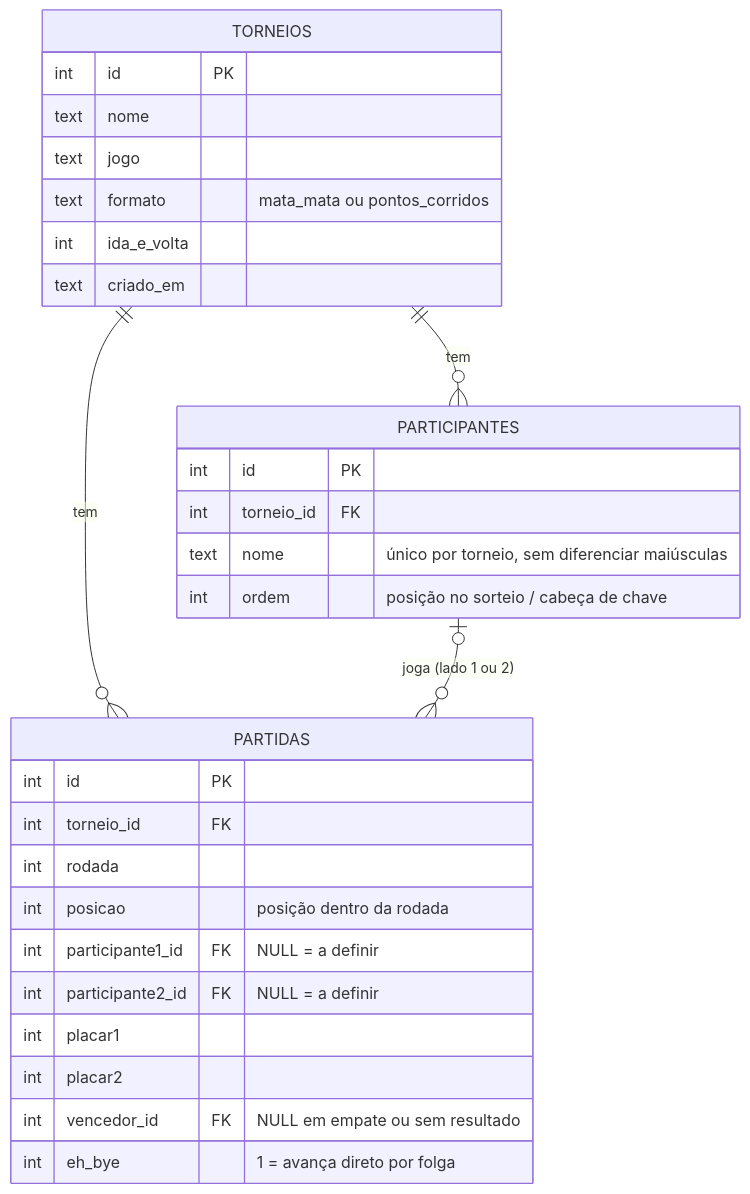
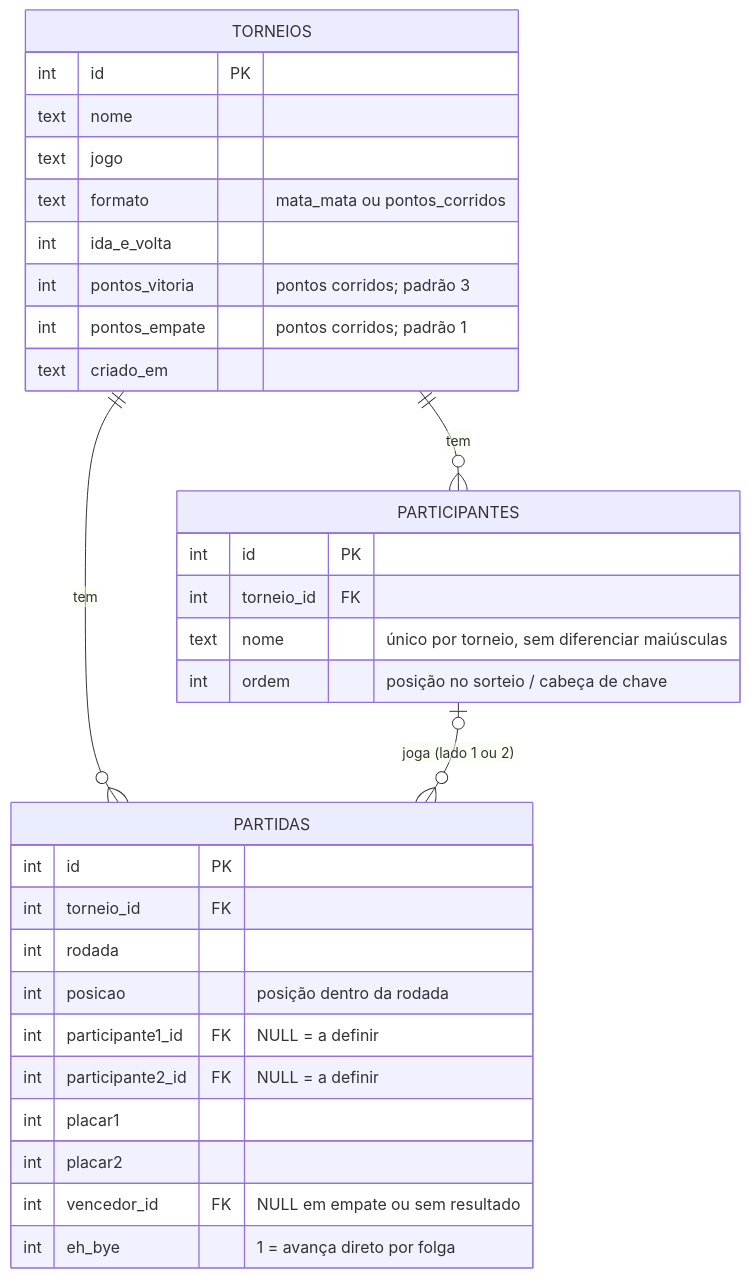
Before and after one commit to odannyraro/torneio-relampago: the second of 3 diagrams in docs/arquitetura.md, drawn with Mermaid. The commit also changed other lines of this file and 16 other files, not shown here.

````diff
--- a/docs/arquitetura.md
+++ b/docs/arquitetura.md
@@ -28,32 +28,34 @@
 ```mermaid
 erDiagram
     TORNEIOS ||--o{ PARTICIPANTES : tem
     TORNEIOS ||--o{ PARTIDAS : tem
     PARTICIPANTES |o--o{ PARTIDAS : "joga (lado 1 ou 2)"
     TORNEIOS {
         int id PK
         text nome
         text jogo
         text formato "mata_mata ou pontos_corridos"
         int ida_e_volta
+        int pontos_vitoria "pontos corridos; padrão 3"
+        int pontos_empate "pontos corridos; padrão 1"
         text criado_em
     }
     PARTICIPANTES {
         int id PK
         int torneio_id FK
         text nome "único por torneio, sem diferenciar maiúsculas"
         int ordem "posição no sorteio / cabeça de chave"
     }
     PARTIDAS {
         int id PK
         int torneio_id FK
         int rodada
         int posicao "posição dentro da rodada"
         int participante1_id FK "NULL = a definir"
         int participante2_id FK "NULL = a definir"
         int placar1
         int placar2
         int vencedor_id FK "NULL em empate ou sem resultado"
         int eh_bye "1 = avança direto por folga"
     }
 ```
````
